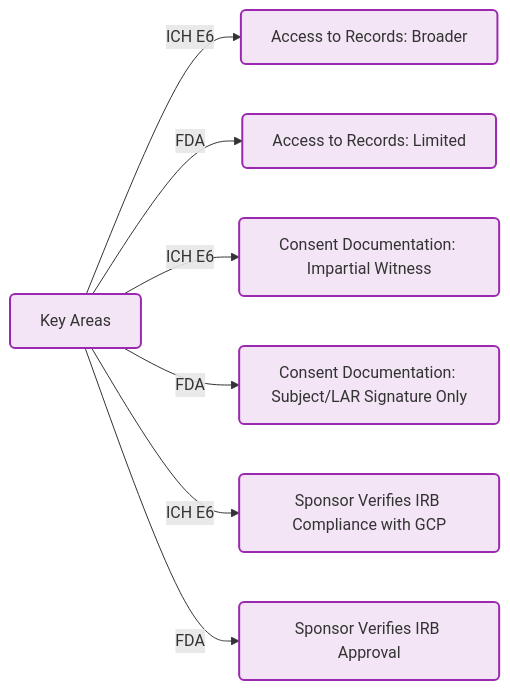
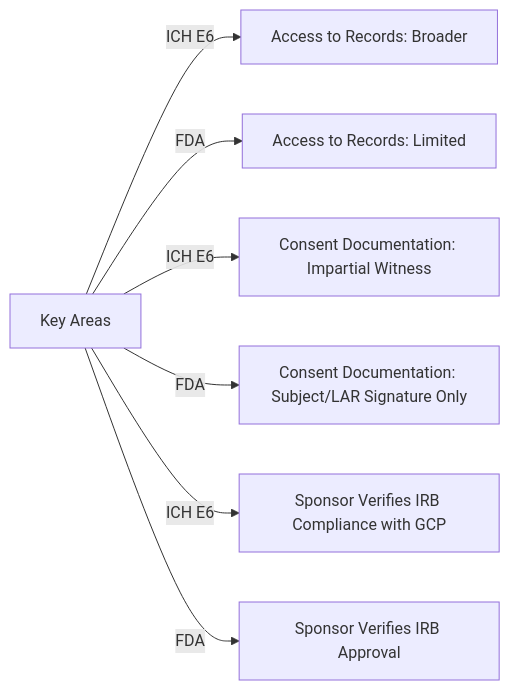
The fourth of 4 diagrams in course2/module9_ich_gcp.md (ehap-pop0/CourseSummarizer), drawn with Mermaid before and after one commit. The commit also changed other lines of this file, not shown here.

````diff
--- a/course2/module9_ich_gcp.md
+++ b/course2/module9_ich_gcp.md
@@ -199,13 +197,12 @@
 ```mermaid
 graph LR
     A[Key Areas] -->|ICH E6| B[Access to Records: Broader]
     A -->|FDA| C[Access to Records: Limited]
     A -->|ICH E6| D[Consent Documentation: Impartial Witness]
     A -->|FDA| E[Consent Documentation: Subject/LAR Signature Only]
     A -->|ICH E6| F[Sponsor Verifies IRB Compliance with GCP]
     A -->|FDA| G[Sponsor Verifies IRB Approval]
 
-    classDef comparison fill:#f3e5f5,stroke:#9c27b0,stroke-width:2px,rx:5px,ry:5px;
-    class A,B,C,D,E,F,G comparison;
+ 
 
 ```
````
